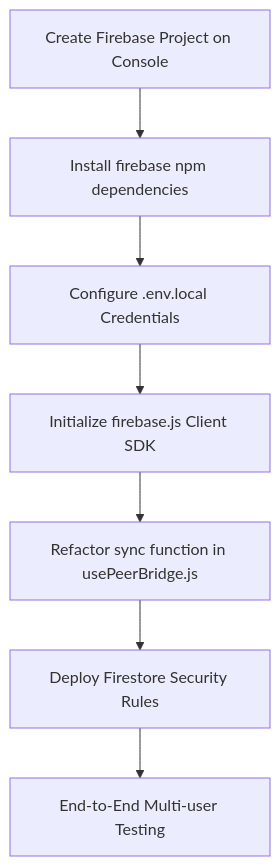
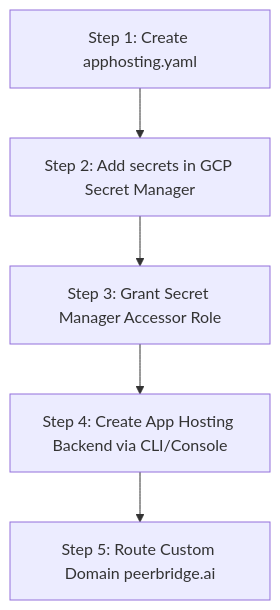
One commit to spinovation/peerbridge changed the diagram in implementation_plan.md. Above: the diagram before and after it, drawn with Mermaid. The commit also changed other lines of this file and 10 other files, not shown here.

````diff
--- a/implementation_plan.md
+++ b/implementation_plan.md
@@ -72,9 +61,7 @@
 ```mermaid
 graph TD
-    A[Create Firebase Project on Console] --> B[Install firebase npm dependencies]
-    B --> C[Configure .env.local Credentials]
-    C --> D[Initialize firebase.js Client SDK]
-    D --> E[Refactor sync function in usePeerBridge.js]
-    E --> F[Deploy Firestore Security Rules]
-    F --> G[End-to-End Multi-user Testing]
+    A[Step 1: Create apphosting.yaml] --> B[Step 2: Add secrets in GCP Secret Manager]
+    B --> C[Step 3: Grant Secret Manager Accessor Role]
+    C --> D[Step 4: Create App Hosting Backend via CLI/Console]
+    D --> E[Step 5: Route Custom Domain peerbridge.ai]
 ```
````
